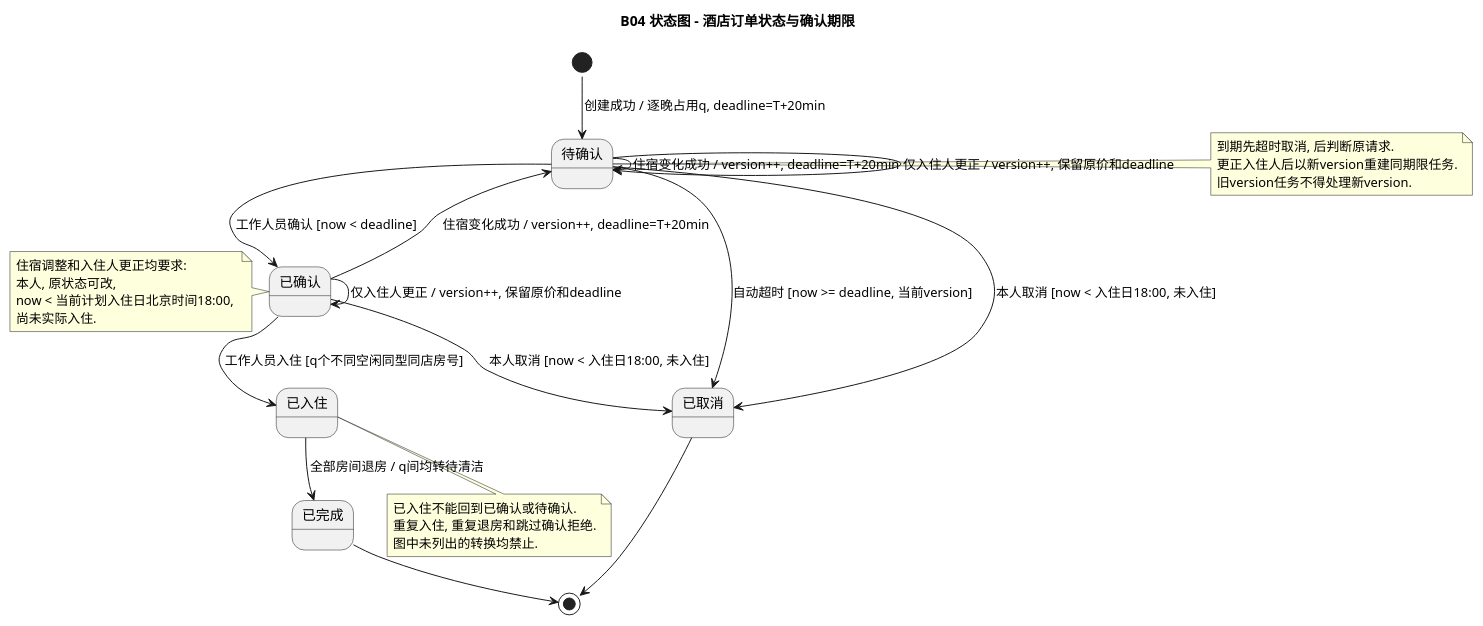
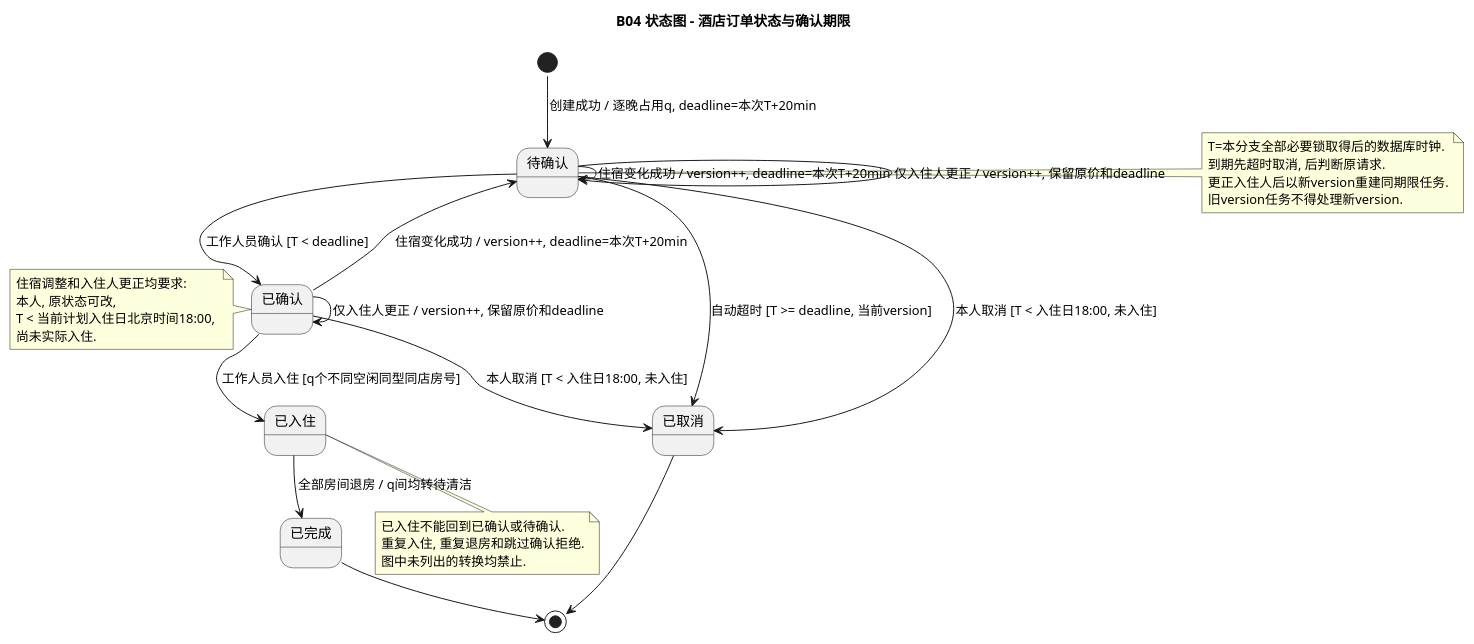
Before and after one commit to Blue-Night-gy/se-lab3: the diagram in lab2/UML/B04-order-state.puml, drawn with PlantUML. The commit also changed 59 other files, not shown here.

```diff
--- a/lab2/UML/B04-order-state.puml
+++ b/lab2/UML/B04-order-state.puml
@@ -1,39 +1,40 @@
 @startuml
 !pragma layout smetana
 skinparam defaultFontName Noto Sans SC
 title B04 状态图 - 酒店订单状态与确认期限
 state "待确认" as Pending
 state "已确认" as Confirmed
 state "已入住" as CheckedIn
 state "已完成" as Completed
 state "已取消" as Cancelled
-[*] --> Pending : 创建成功 / 逐晚占用q, deadline=T+20min
-Pending --> Confirmed : 工作人员确认 [now < deadline]
-Pending --> Cancelled : 自动超时 [now >= deadline, 当前version]
-Pending --> Cancelled : 本人取消 [now < 入住日18:00, 未入住]
-Confirmed --> Cancelled : 本人取消 [now < 入住日18:00, 未入住]
-Pending --> Pending : 住宿变化成功 / version++, deadline=T+20min
-Confirmed --> Pending : 住宿变化成功 / version++, deadline=T+20min
+[*] --> Pending : 创建成功 / 逐晚占用q, deadline=本次T+20min
+Pending --> Confirmed : 工作人员确认 [T < deadline]
+Pending --> Cancelled : 自动超时 [T >= deadline, 当前version]
+Pending --> Cancelled : 本人取消 [T < 入住日18:00, 未入住]
+Confirmed --> Cancelled : 本人取消 [T < 入住日18:00, 未入住]
+Pending --> Pending : 住宿变化成功 / version++, deadline=本次T+20min
+Confirmed --> Pending : 住宿变化成功 / version++, deadline=本次T+20min
 Pending --> Pending : 仅入住人更正 / version++, 保留原价和deadline
 Confirmed --> Confirmed : 仅入住人更正 / version++, 保留原价和deadline
 Confirmed --> CheckedIn : 工作人员入住 [q个不同空闲同型同店房号]
 CheckedIn --> Completed : 全部房间退房 / q间均转待清洁
 Cancelled --> [*]
 Completed --> [*]
 note right of Pending
+T=本分支全部必要锁取得后的数据库时钟.
 到期先超时取消, 后判断原请求.
 更正入住人后以新version重建同期限任务.
 旧version任务不得处理新version.
 end note
 note left of Confirmed
 住宿调整和入住人更正均要求:
 本人, 原状态可改, 
-now < 当前计划入住日北京时间18:00, 
+T < 当前计划入住日北京时间18:00, 
 尚未实际入住.
 end note
 note bottom of CheckedIn
 已入住不能回到已确认或待确认.
 重复入住, 重复退房和跳过确认拒绝.
 图中未列出的转换均禁止.
 end note
 @enduml
```
